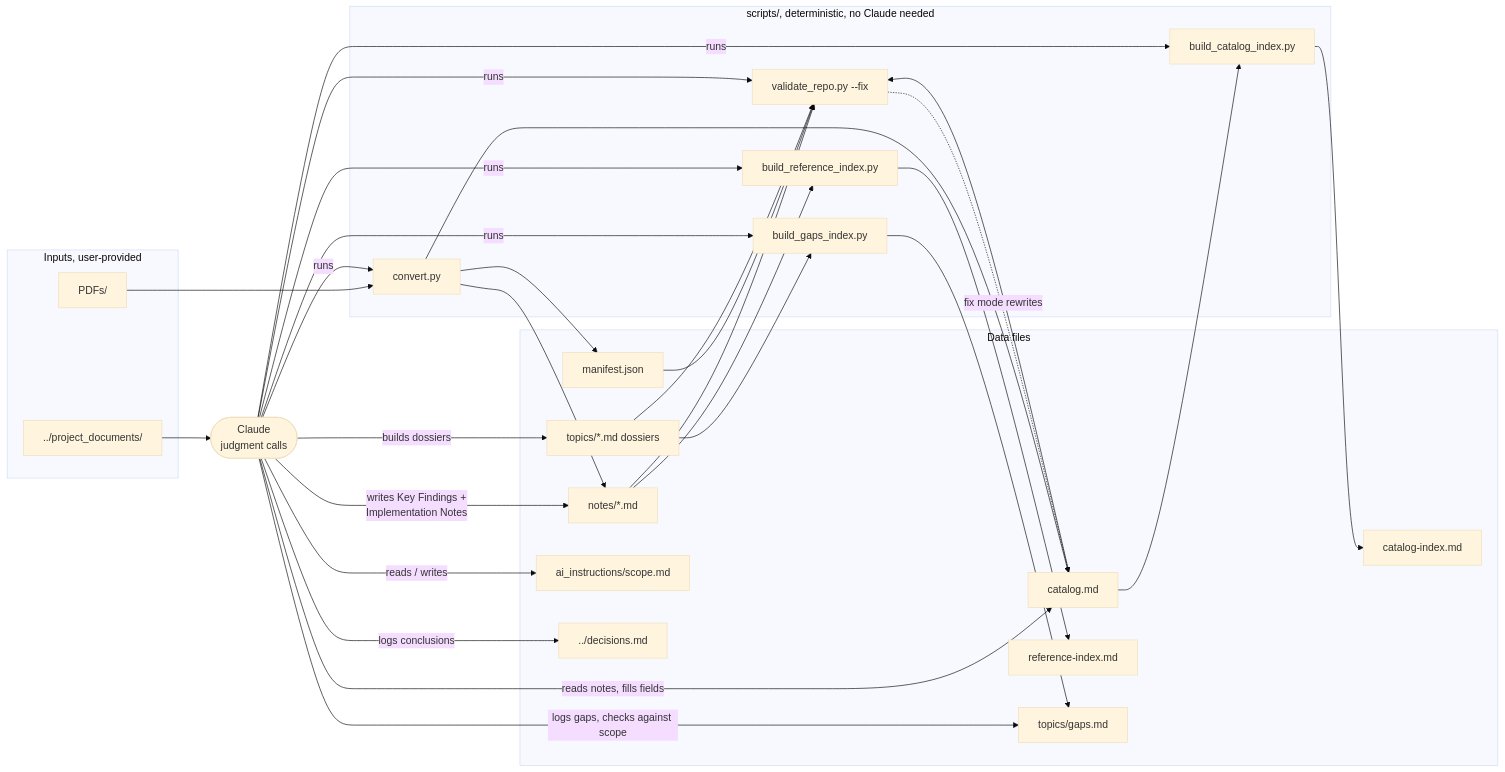
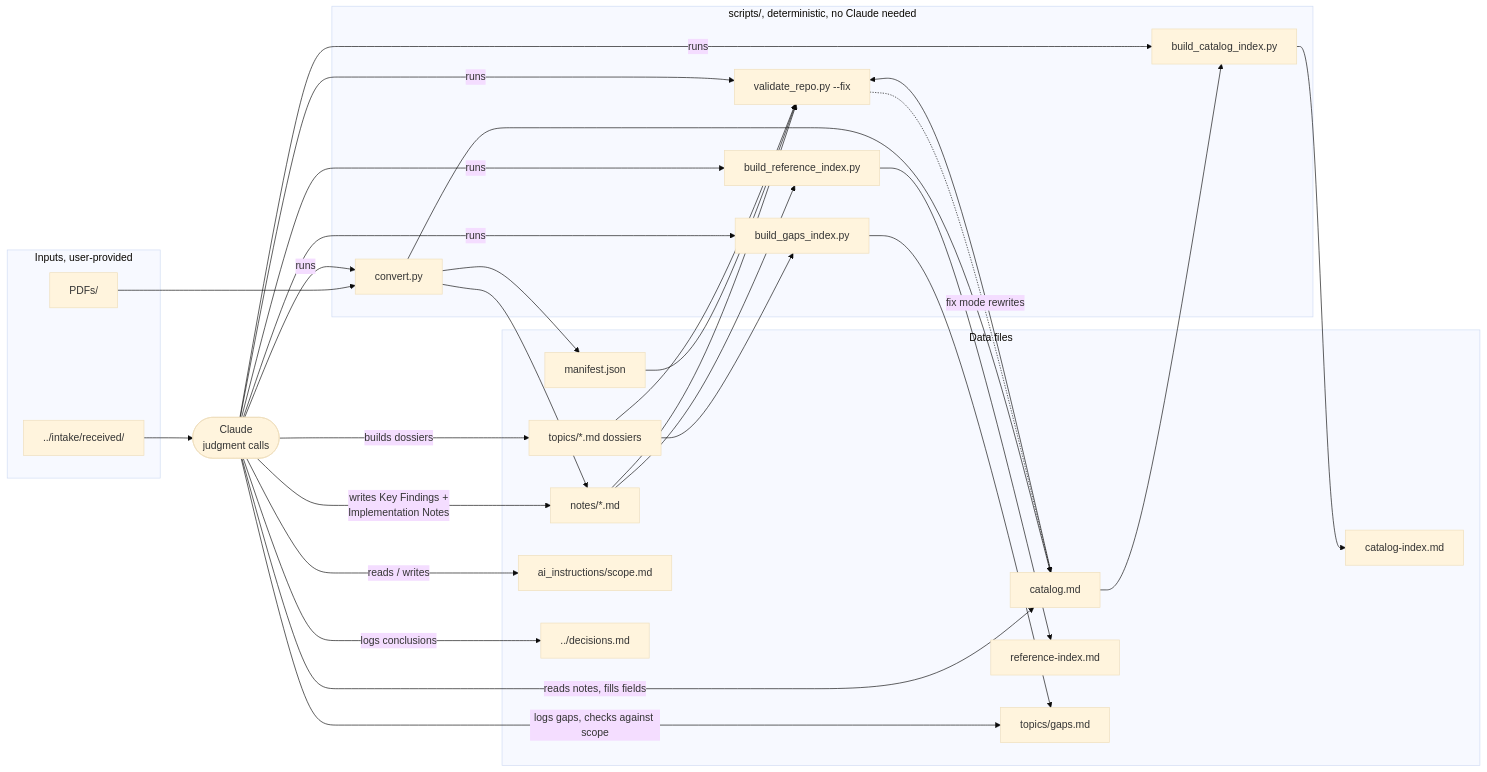
One commit to jonaHaggarde/literature_study_template changed the fourth of 5 diagrams in study/workflow-diagram.md. Above: the diagram before and after it, drawn with Mermaid (base theme). The commit also changed other lines of this file and 27 other files, not shown here.

Commit message:
Move project_documents into intake/received (own/ for self-written, source-access.md moves there), convert_intake.py converts PDFs next to the original, validator and /intake updated; user's allow rules for article_version

````diff
--- a/study/workflow-diagram.md
+++ b/study/workflow-diagram.md
@@ -115,57 +115,57 @@
 ```mermaid
 flowchart LR
     subgraph INPUTS["Inputs, user-provided"]
         PDFs["PDFs/"]
-        ProjDocs["../project_documents/"]
+        ProjDocs["../intake/received/"]
     end
 
     CLAUDE(["Claude<br/>judgment calls"])
 
     subgraph SCRIPTS["scripts/, deterministic, no Claude needed"]
         Convert["convert.py"]
         RefIdx["build_reference_index.py"]
         CatIdx["build_catalog_index.py"]
         GapsIdx["build_gaps_index.py"]
         Validate["validate_repo.py --fix"]
     end
 
     subgraph FILES["Data files"]
         Notes["notes/*.md"]
         Manifest["manifest.json"]
         Catalog["catalog.md"]
         RefIndexFile["reference-index.md"]
         CatIndexFile["catalog-index.md"]
         Topics["topics/*.md dossiers"]
         Gaps["topics/gaps.md"]
         Scope["ai_instructions/scope.md"]
         Decisions["../decisions.md"]
     end
 
     PDFs --> Convert
     Convert --> Notes
     Convert --> Catalog
     Convert --> Manifest
 
     Notes --> RefIdx --> RefIndexFile
     Catalog --> CatIdx --> CatIndexFile
     Topics --> GapsIdx --> Gaps
 
     Catalog --> Validate
     Notes --> Validate
     Manifest --> Validate
     Topics --> Validate
     Validate -. "fix mode rewrites" .-> Catalog
 
     ProjDocs --> CLAUDE
     CLAUDE -- "reads / writes" --> Scope
     CLAUDE -- "reads notes, fills fields" --> Catalog
     CLAUDE -- "writes Key Findings +<br/>Implementation Notes" --> Notes
     CLAUDE -- "builds dossiers" --> Topics
     CLAUDE -- "logs gaps, checks against scope" --> Gaps
     CLAUDE -- "logs conclusions" --> Decisions
     CLAUDE -- runs --> Convert
     CLAUDE -- runs --> RefIdx
     CLAUDE -- runs --> CatIdx
     CLAUDE -- runs --> GapsIdx
     CLAUDE -- runs --> Validate
 ```
````
